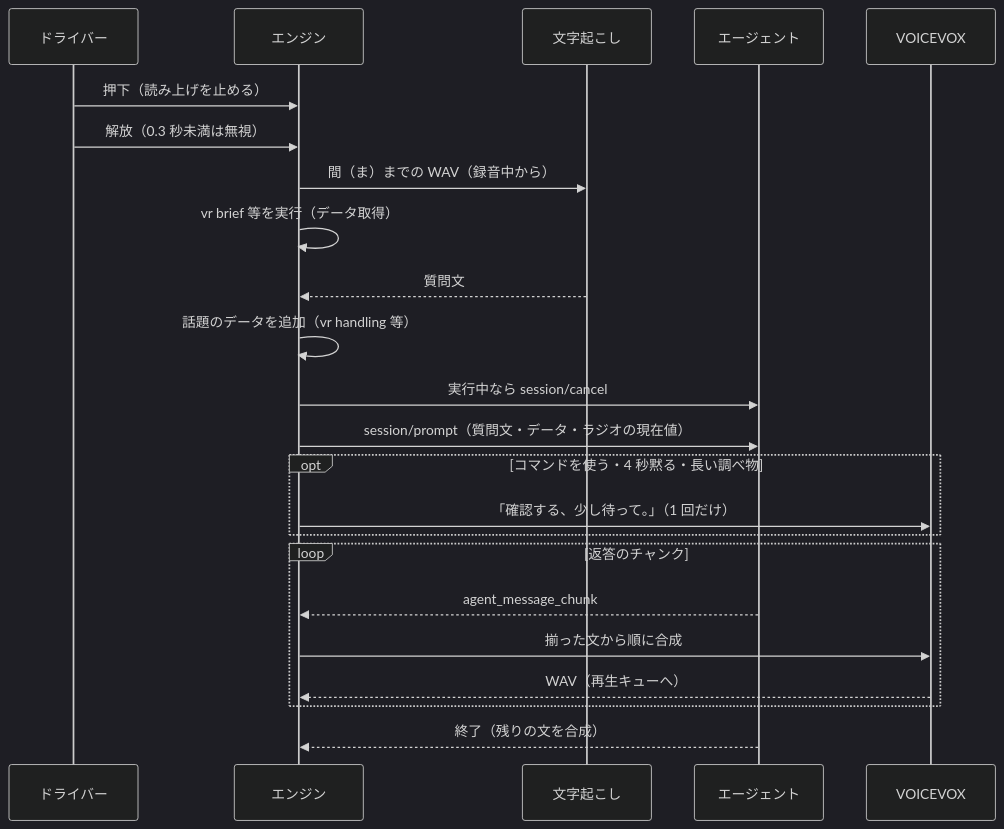
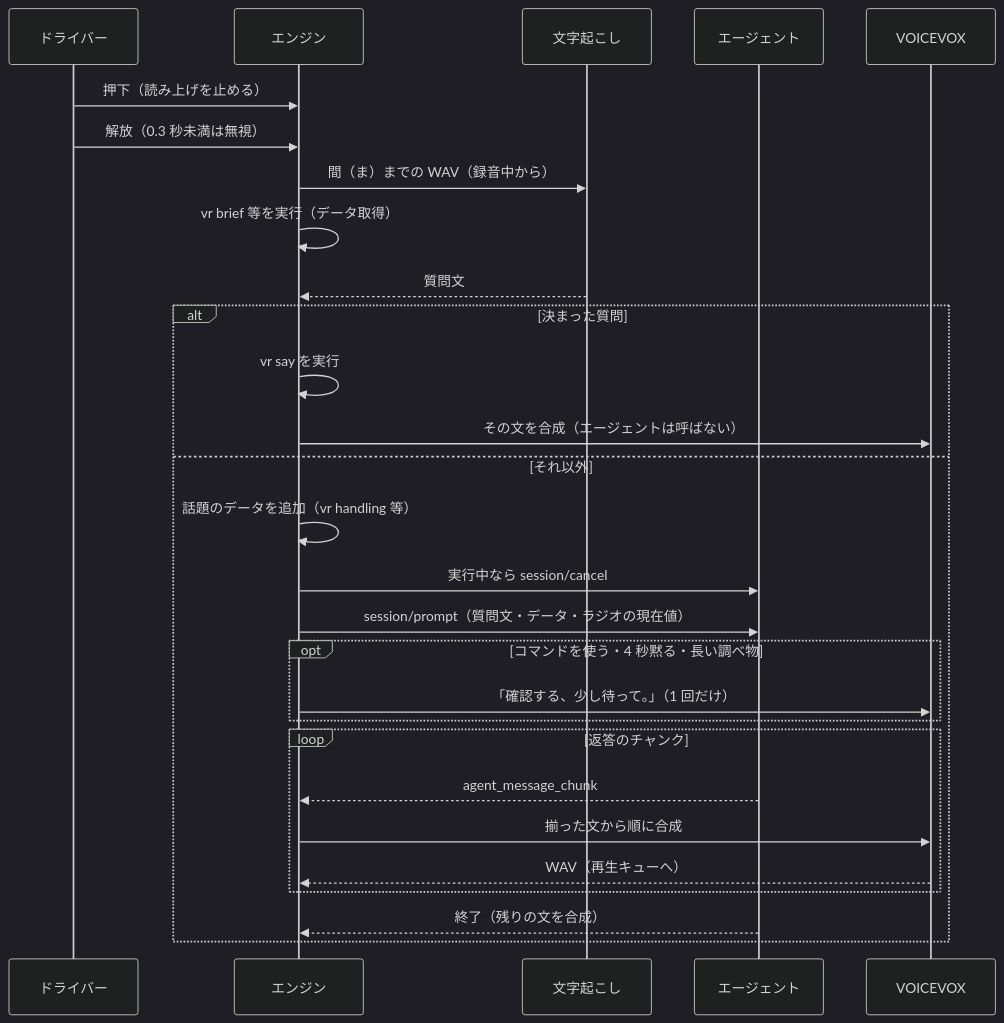
Before and after one commit to r4ai/vibe-racing: the second of 4 diagrams in crates/vr-radio/docs/architecture.md, drawn with Mermaid (dark theme). The commit also changed other lines of this file and 52 other files, not shown here.

````diff
--- a/crates/vr-radio/docs/architecture.md
+++ b/crates/vr-radio/docs/architecture.md
@@ -161,25 +169,30 @@
 ```mermaid
 sequenceDiagram
     participant D as ドライバー
     participant E as エンジン
     participant S as 文字起こし
     participant A as エージェント
     participant V as VOICEVOX
     D->>E: 押下（読み上げを止める）
     D->>E: 解放（0.3 秒未満は無視）
     E->>S: 間（ま）までの WAV（録音中から）
     E->>E: vr brief 等を実行（データ取得）
     S-->>E: 質問文
+    alt 決まった質問
+        E->>E: vr say を実行
+        E->>V: その文を合成（エージェントは呼ばない）
+    else それ以外
     E->>E: 話題のデータを追加（vr handling 等）
     E->>A: 実行中なら session/cancel
     E->>A: session/prompt（質問文・データ・ラジオの現在値）
     opt コマンドを使う・4 秒黙る・長い調べ物
         E->>V: 「確認する、少し待って。」（1 回だけ）
     end
     loop 返答のチャンク
         A-->>E: agent_message_chunk
         E->>V: 揃った文から順に合成
         V-->>E: WAV（再生キューへ）
     end
     A-->>E: 終了（残りの文を合成）
+    end
 ```
````
